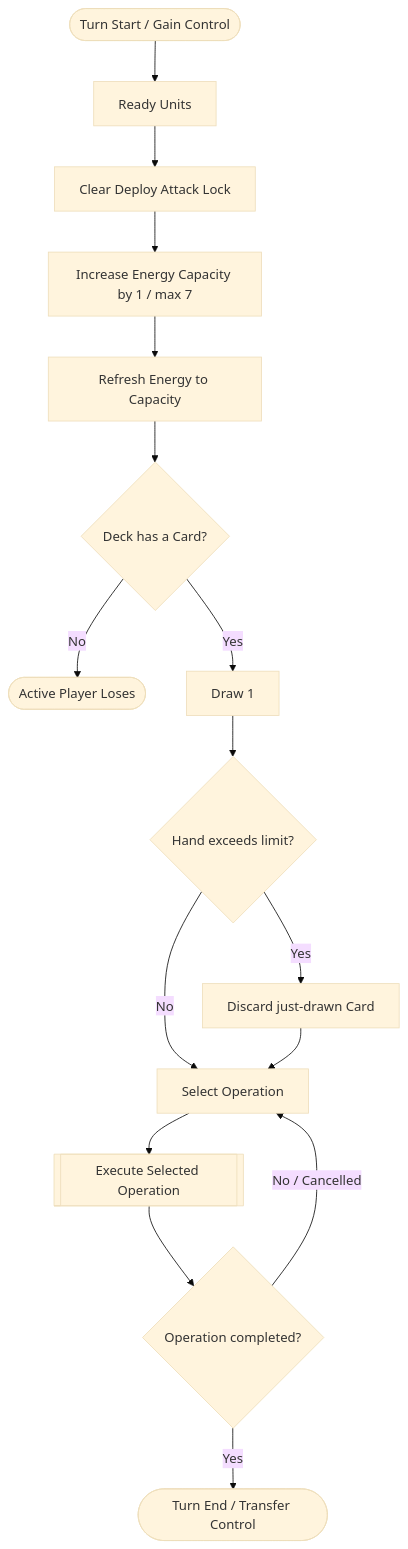
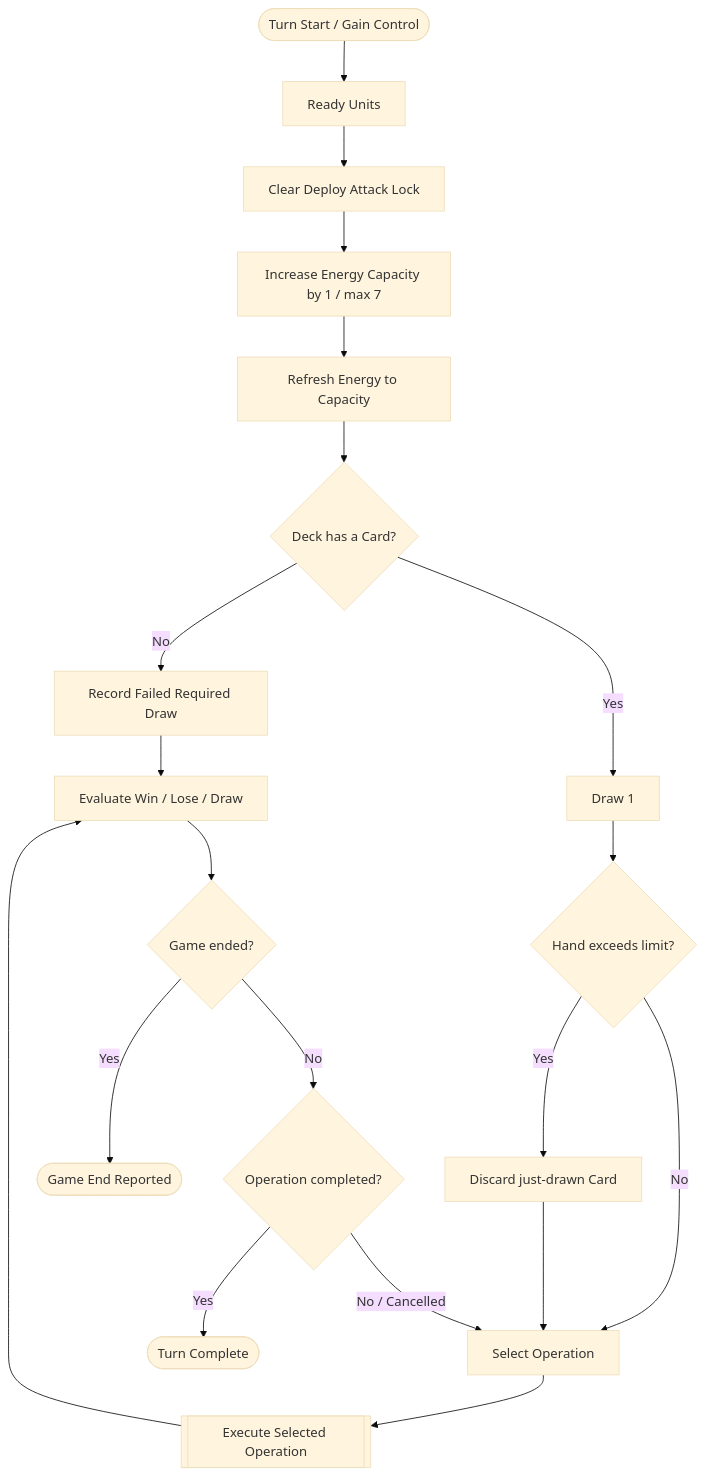
One commit to kjun1/card-game changed the diagram in docs/process/turn-flow.md. Above: the diagram before and after it, drawn with Mermaid (base theme). The commit also changed other lines of this file and 8 other files, not shown here.

First line of the commit message:
fix: render BPMN diagrams and clarify process responsibilities

```diff
--- a/docs/process/turn-flow.md
+++ b/docs/process/turn-flow.md
@@ -19,18 +19,22 @@
 ~~~mermaid
 flowchart TD
     S([Turn Start / Gain Control]) --> R[Ready Units]
     R --> L[Clear Deploy Attack Lock]
     L --> U[Increase Energy Capacity by 1 / max 7]
     U --> E[Refresh Energy to Capacity]
     E --> Q{Deck has a Card?}
-    Q -- No --> X([Active Player Loses])
+    Q -- No --> X[Record Failed Required Draw]
+    X --> V[Evaluate Win / Lose / Draw]
     Q -- Yes --> D[Draw 1]
     D --> H{Hand exceeds limit?}
     H -- Yes --> HD[Discard just-drawn Card]
     H -- No --> O[Select Operation]
     HD --> O
     O --> P[[Execute Selected Operation]]
-    P --> F{Operation completed?}
+    P --> V
+    V --> G{Game ended?}
+    G -- Yes --> GE([Game End Reported])
+    G -- No --> F{Operation completed?}
     F -- No / Cancelled --> O
-    F -- Yes --> T([Turn End / Transfer Control])
+    F -- Yes --> T([Turn Complete])
 ~~~
```
